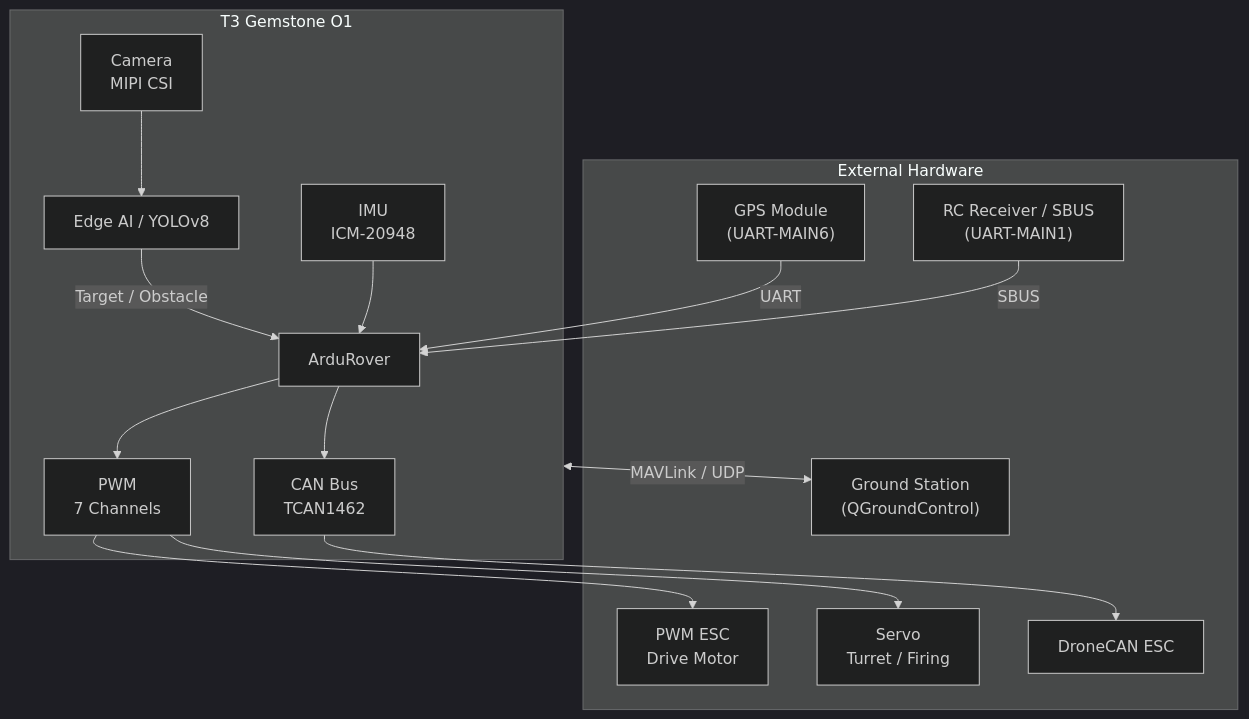
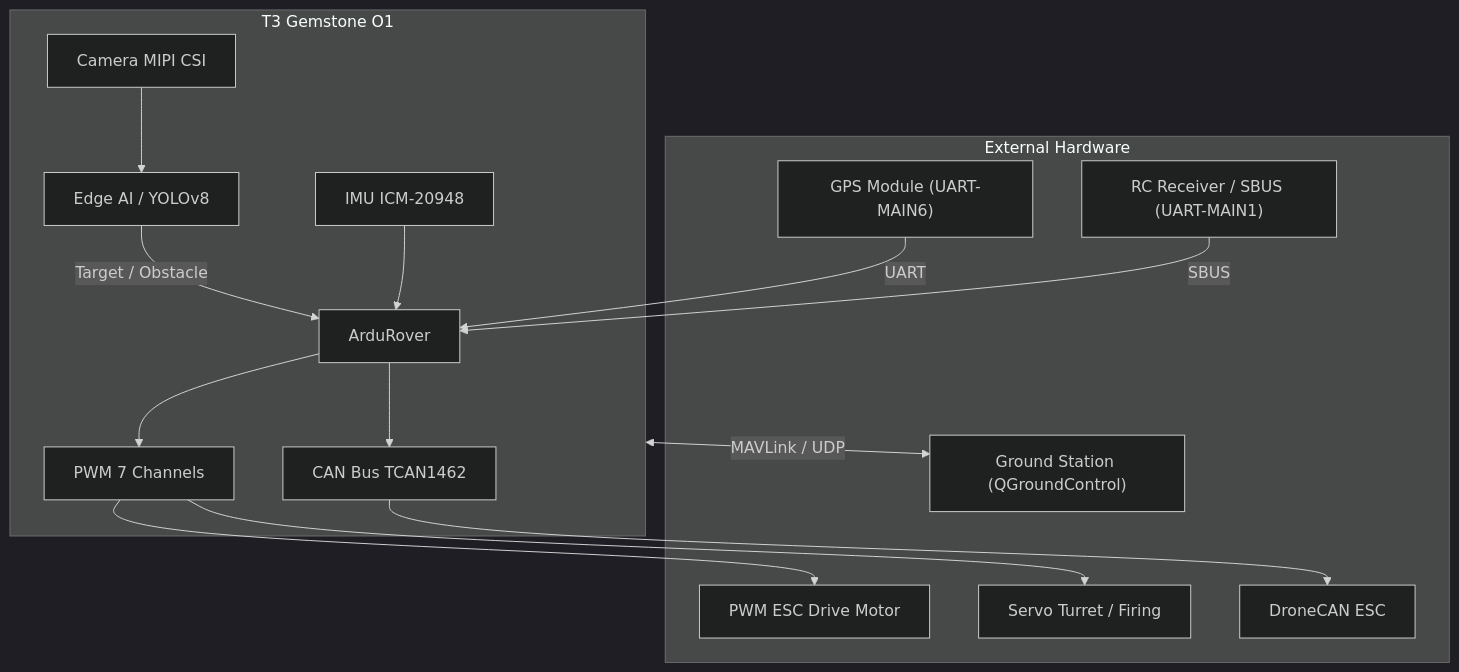
The diagram in en/projects/teknofest-ika.mdx (t3gemstone/docs), drawn with Mermaid (dark theme) before and after one commit. The commit also changed 3 other files, not shown here.

````diff
--- a/en/projects/teknofest-ika.mdx
+++ b/en/projects/teknofest-ika.mdx
@@ -115,32 +115,32 @@
 ```mermaid
 flowchart TB
     subgraph EXTERNAL["External Hardware"]
-        GPS["GPS Module\n(UART-MAIN6)"]
-        RC["RC Receiver / SBUS\n(UART-MAIN1)"]
-        ESC1["PWM ESC\nDrive Motor"]
+        GPS["GPS Module (UART-MAIN6)"]
+        RC["RC Receiver / SBUS (UART-MAIN1)"]
+        ESC1["PWM ESC Drive Motor"]
         ESC2["DroneCAN ESC"]
-        SRV["Servo\nTurret / Firing"]
-        GCS["Ground Station\n(QGroundControl)"]
+        SRV["Servo Turret / Firing"]
+        GCS["Ground Station (QGroundControl)"]
     end
 
     subgraph O1["T3 Gemstone O1"]
         AR[ArduRover]
         AI["Edge AI / YOLOv8"]
-        CAM["Camera\nMIPI CSI"]
-        PWM["PWM\n7 Channels"]
-        CAN["CAN Bus\nTCAN1462"]
-        IMU["IMU\nICM-20948"]
+        CAM["Camera MIPI CSI"]
+        PWM["PWM 7 Channels"]
+        CAN["CAN Bus TCAN1462"]
+        IMU["IMU ICM-20948"]
     end
 
     GPS -->|UART| AR
     RC -->|SBUS| AR
     CAM --> AI
     AI -->|"Target / Obstacle"| AR
     IMU --> AR
     AR --> PWM
     AR --> CAN
     PWM --> ESC1
     PWM --> SRV
     CAN --> ESC2
     O1 <-->|"MAVLink / UDP"| GCS
 ```
````
